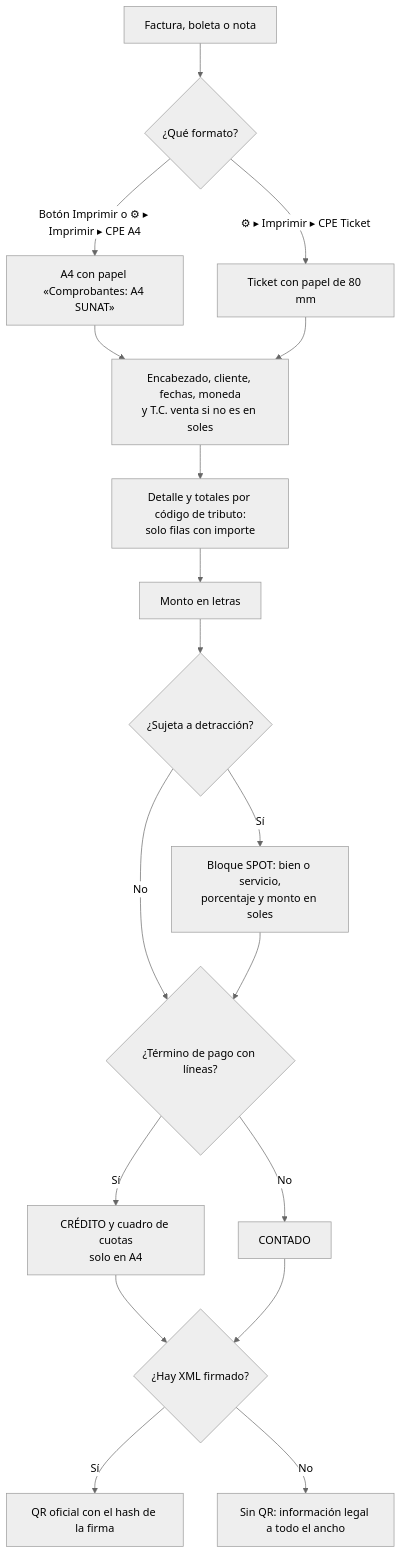
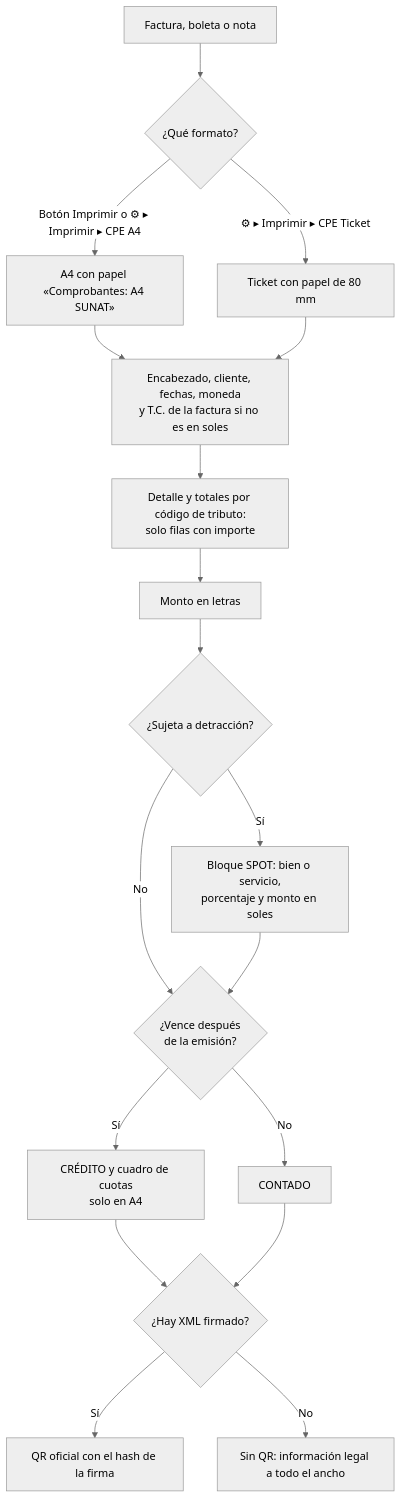
Before and after one commit to olanoit/ol_new_apps: the diagram in al_l10n_pe_invoice/static/description/diagramas/impresion.mmd, drawn with Mermaid (neutral theme). The commit also changed 19 other files, not shown here.

```diff
--- a/al_l10n_pe_invoice/static/description/diagramas/impresion.mmd
+++ b/al_l10n_pe_invoice/static/description/diagramas/impresion.mmd
@@ -1,18 +1,18 @@
 flowchart TD
   A[Factura, boleta o nota] --> B{¿Qué formato?}
   B -- "Botón Imprimir o ⚙ ▸ Imprimir ▸ CPE A4" --> C[A4 con papel «Comprobantes: A4 SUNAT»]
   B -- "⚙ ▸ Imprimir ▸ CPE Ticket" --> D[Ticket con papel de 80 mm]
-  C --> E[Encabezado, cliente, fechas, moneda<br/>y T.C. venta si no es en soles]
+  C --> E[Encabezado, cliente, fechas, moneda<br/>y T.C. de la factura si no es en soles]
   D --> E
   E --> F[Detalle y totales por código de tributo:<br/>solo filas con importe]
   F --> G[Monto en letras]
   G --> H{¿Sujeta a detracción?}
   H -- Sí --> I[Bloque SPOT: bien o servicio,<br/>porcentaje y monto en soles]
   H -- No --> J
-  I --> J{¿Término de pago con líneas?}
+  I --> J{¿Vence después<br/>de la emisión?}
   J -- Sí --> K[CRÉDITO y cuadro de cuotas<br/>solo en A4]
   J -- No --> L[CONTADO]
   K --> M{¿Hay XML firmado?}
   L --> M
   M -- Sí --> N[QR oficial con el hash de la firma]
   M -- No --> O[Sin QR: información legal a todo el ancho]
```
